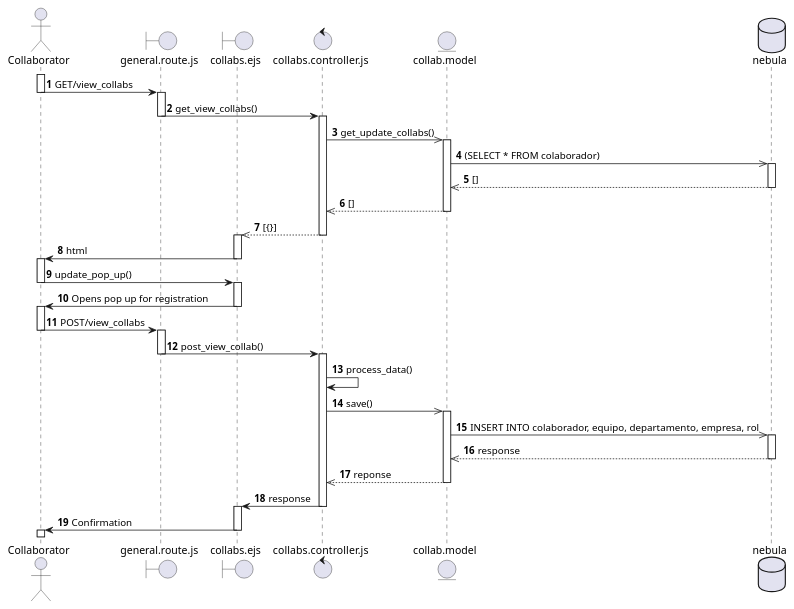
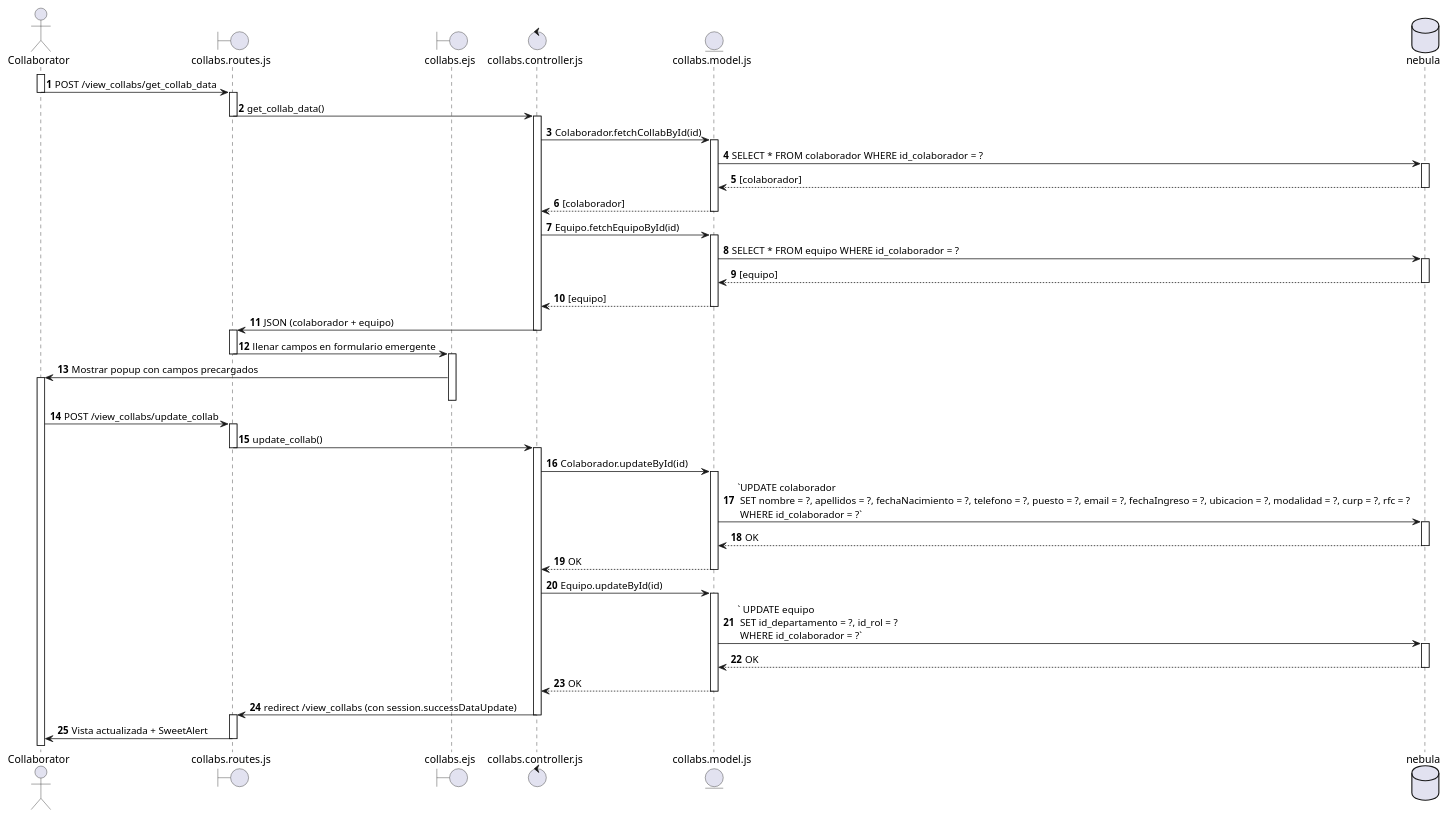
The diagram in diagramas_secuencia/req_31.puml (SALV19/Nebula_tc2005b), drawn with PlantUML before and after one commit. The commit also changed 1 other file, not shown here.

Commit message:
[UPDATE] Secuence Diagrams

```diff
--- a/diagramas_secuencia/req_31.puml
+++ b/diagramas_secuencia/req_31.puml
@@ -1,86 +1,86 @@
-@startuml Prueba
+@startuml ModificarColaborador_REQ31_FINAL
 autonumber
+
 actor Collaborator
-boundary general.route.js as gRoutes
-boundary collabs.ejs as collabView
-control collabs.controller.js as collabController
-entity collab.model as collabModel
-database nebula as neb
+boundary collabs.routes.js as Routes
+boundary collabs.ejs as View
+control collabs.controller.js as Controller
+entity collabs.model.js as Model
+database nebula as DB
 
+' === Paso 1: Mostrar vista de colaboradores ===
 activate Collaborator
-Collaborator -> gRoutes : GET/view_collabs
+Collaborator -> Routes : POST /view_collabs/get_collab_data
 deactivate Collaborator
+activate Routes
+Routes -> Controller : get_collab_data()
+deactivate Routes
 
-activate gRoutes
-gRoutes -> collabController: get_view_collabs()
-deactivate gRoutes
+activate Controller
+Controller -> Model : Colaborador.fetchCollabById(id)
+activate Model
 
-activate collabController
-collabController ->> collabModel: get_update_collabs()
+Model -> DB : SELECT * FROM colaborador WHERE id_colaborador = ?
 
-activate collabModel
-collabModel ->> neb: (SELECT * FROM colaborador)
+activate DB
+DB --> Model : [colaborador]
+deactivate DB
+Model --> Controller : [colaborador]
+deactivate Model
 
-activate neb
-neb-->> collabModel: []
-deactivate neb
+Controller -> Model : Equipo.fetchEquipoById(id)
+activate Model
+Model -> DB : SELECT * FROM equipo WHERE id_colaborador = ?
+activate DB
+DB --> Model : [equipo]
+deactivate DB
+Model --> Controller : [equipo]
+deactivate Model
 
-collabModel -->> collabController: []
-deactivate collabModel
-
-collabController -->> collabView: [{}]
-deactivate collabController
-
-activate collabView
-collabView -> Collaborator: html
-deactivate collabView
- 
+Controller -> Routes : JSON (colaborador + equipo)
+deactivate Controller
+activate Routes
+Routes -> View : llenar campos en formulario emergente
+deactivate Routes
+activate View
+View -> Collaborator : Mostrar popup con campos precargados
 activate Collaborator
-Collaborator -> collabView : update_pop_up()
-deactivate Collaborator
-
-activate collabView
-deactivate collabController
-
-collabView -> Collaborator : Opens pop up for registration
-deactivate collabView
-
-activate Collaborator
-Collaborator -> gRoutes :POST/view_collabs
-deactivate Collaborator
+deactivate View
 
 
-activate gRoutes
-gRoutes -> collabController : post_view_collab()
-deactivate gRoutes
+' === Paso 3: Modificación de datos ===
+Collaborator -> Routes : POST /view_collabs/update_collab
 
-' Pre-procesa información antes de guardarla en db
-' De rango a dias específicos que se guardan en db
+activate Routes
+Routes -> Controller : update_collab()
+deactivate Routes
 
-activate collabController
-collabController -> collabController: process_data()
+activate Controller
+Controller -> Model : Colaborador.updateById(id)
+activate Model
+Model -> DB :`UPDATE colaborador \n SET nombre = ?, apellidos = ?, fechaNacimiento = ?, telefono = ?, puesto = ?, email = ?, fechaIngreso = ?, ubicacion = ?, modalidad = ?, curp = ?, rfc = ? \n WHERE id_colaborador = ?`
 
-' ES LO SUFICIENTEMENTE IMPORTANTE COMO PARA PONERLA?
-' collabView -> collabView : verify_data()
+activate DB
+DB --> Model : OK
+deactivate DB
+Model --> Controller : OK
+deactivate Model
 
-collabController ->> collabModel: save()
+Controller -> Model : Equipo.updateById(id)
+activate Model
 
-activate collabModel
-collabModel ->> neb : INSERT INTO colaborador, equipo, departamento, empresa, rol
-activate neb
-neb -->> collabModel : response
-deactivate neb
-collabModel -->> collabController : reponse
-deactivate collabModel
-collabController -> collabView : response
-deactivate collabController
-activate collabView 
-collabView -> Collaborator : Confirmation
-deactivate collabView
-activate Collaborator
+Model -> DB :` UPDATE equipo \n SET id_departamento = ?, id_rol = ? \n WHERE id_colaborador = ?`
+activate DB
+DB --> Model : OK
+deactivate DB
+Model --> Controller : OK
+deactivate Model
 
-
-
-
+Controller -> Routes : redirect /view_collabs (con session.successDataUpdate)
+deactivate Controller
+activate Routes
+Routes -> Collaborator : Vista actualizada + SweetAlert
+deactivate Routes
+deactivate Controller
 
 @enduml
```
